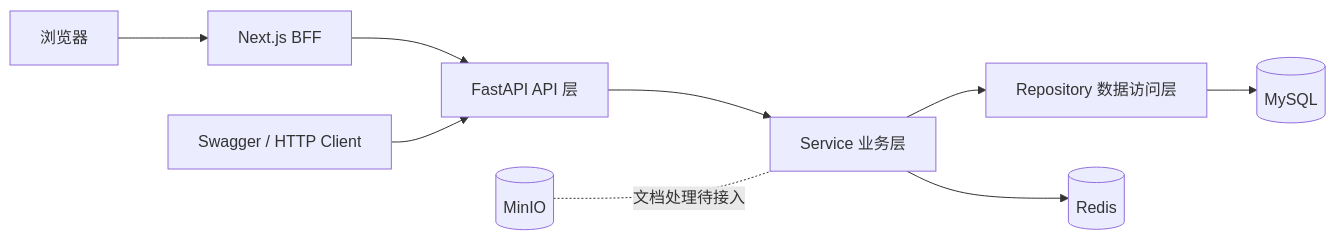
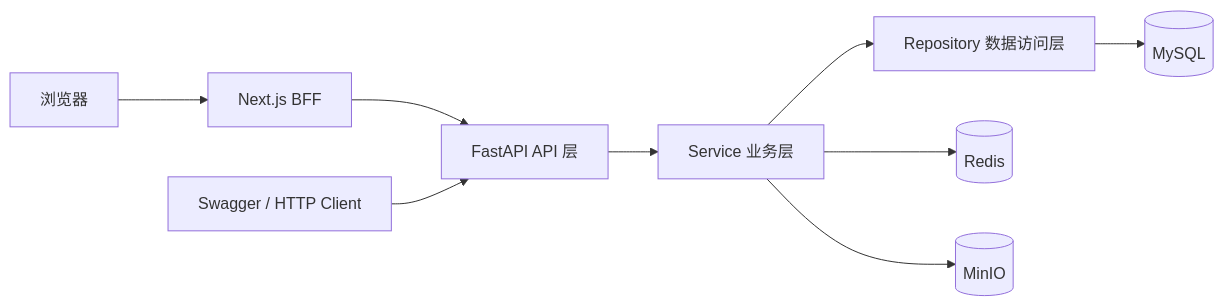
One commit to LeoHongyi/leo-agent-platform changed the first of 4 diagrams in docs/PROJECT_SPEC.md. Above: the diagram before and after it, drawn with Mermaid. The commit also changed other lines of this file and 56 other files, not shown here.

````diff
--- a/docs/PROJECT_SPEC.md
+++ b/docs/PROJECT_SPEC.md
@@ -145,21 +147,21 @@
 ```mermaid
 flowchart LR
     Browser[浏览器]
     BFF[Next.js BFF]
     Swagger[Swagger / HTTP Client]
     API[FastAPI API 层]
     Service[Service 业务层]
     Repository[Repository 数据访问层]
     MySQL[(MySQL)]
     Redis[(Redis)]
     MinIO[(MinIO)]
 
     Browser --> BFF
     BFF --> API
     Swagger --> API
     API --> Service
     Service --> Repository
     Repository --> MySQL
     Service --> Redis
-    MinIO -. 文档处理待接入 .- Service
+    Service --> MinIO
 ```
````
